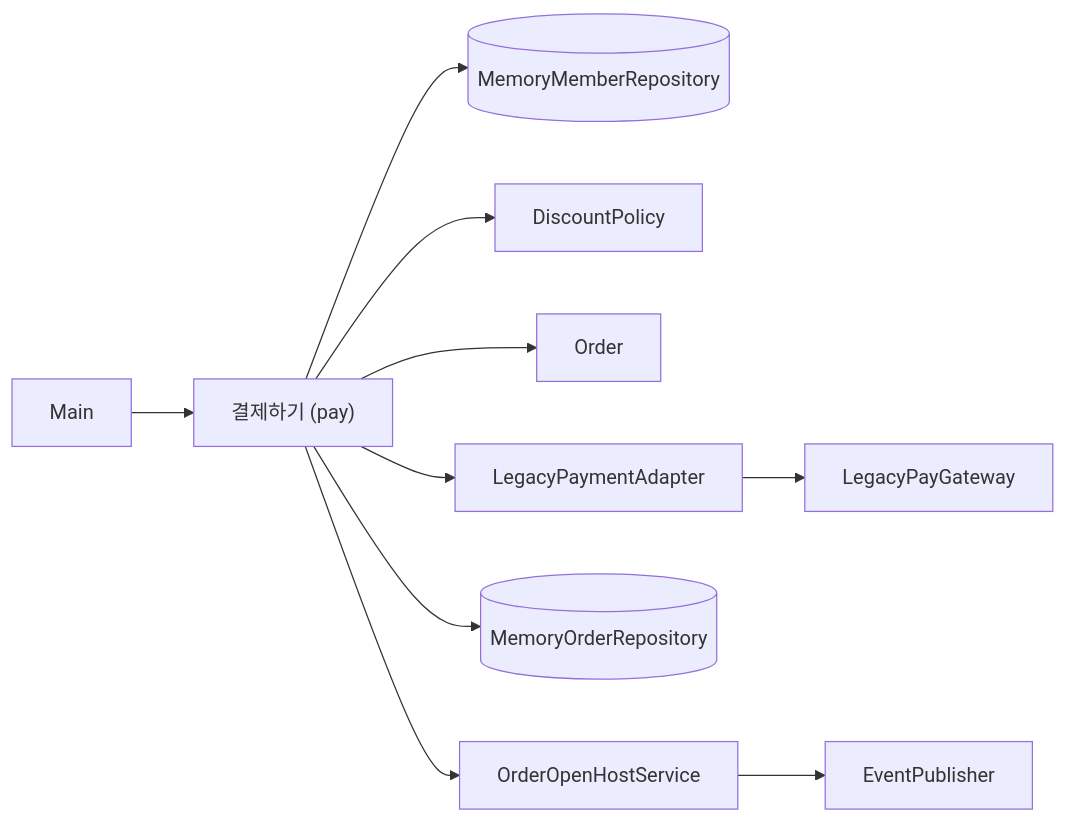
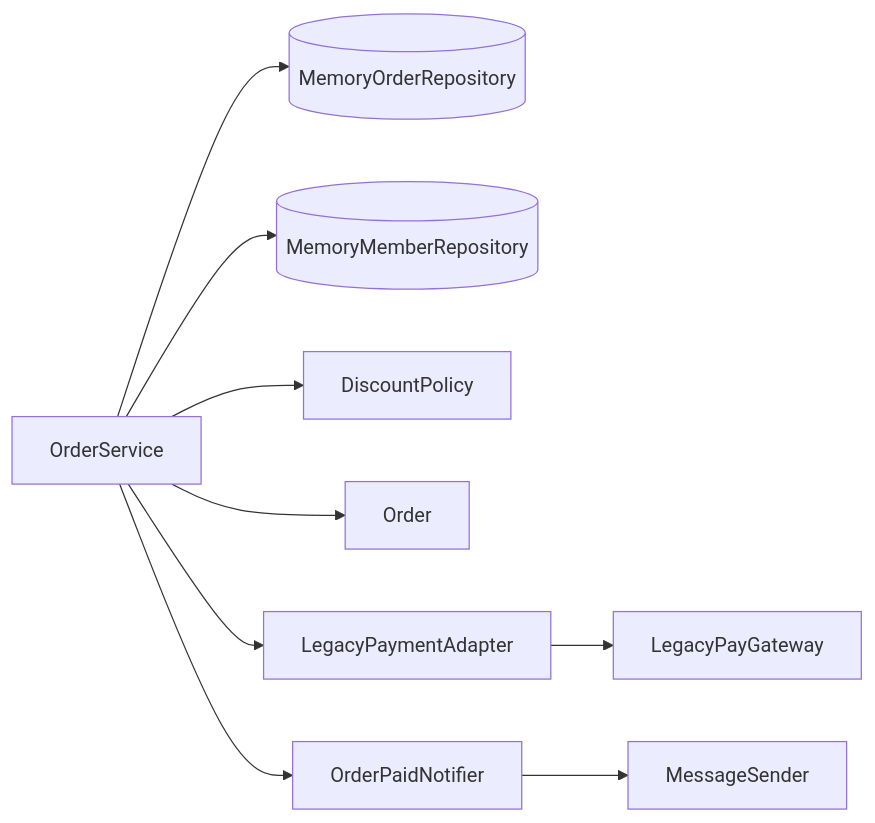
The second of 9 diagrams in .projectcode/wiki/scenarios.md (busan-bank-2026/ddd-example), drawn with Mermaid before and after one commit. The commit also changed other lines of this file and 5 other files, not shown here.

````diff
--- a/.projectcode/wiki/scenarios.md
+++ b/.projectcode/wiki/scenarios.md
@@ -39,12 +41,11 @@
 ```mermaid
 flowchart LR
-  A[Main] --> B["결제하기 (pay)"]
-  B --> C[(MemoryMemberRepository)]
-  B --> D[DiscountPolicy]
-  B --> E[Order]
-  B --> F[LegacyPaymentAdapter]
+  A[OrderService] --> B[(MemoryOrderRepository)]
+  A --> C[(MemoryMemberRepository)]
+  A --> D[DiscountPolicy]
+  A --> E[Order]
+  A --> F[LegacyPaymentAdapter]
   F --> G[LegacyPayGateway]
-  B --> H[(MemoryOrderRepository)]
-  B --> I[OrderOpenHostService]
-  I --> J[EventPublisher]
+  A --> H[OrderPaidNotifier]
+  H --> I[MessageSender]
 ```
````
